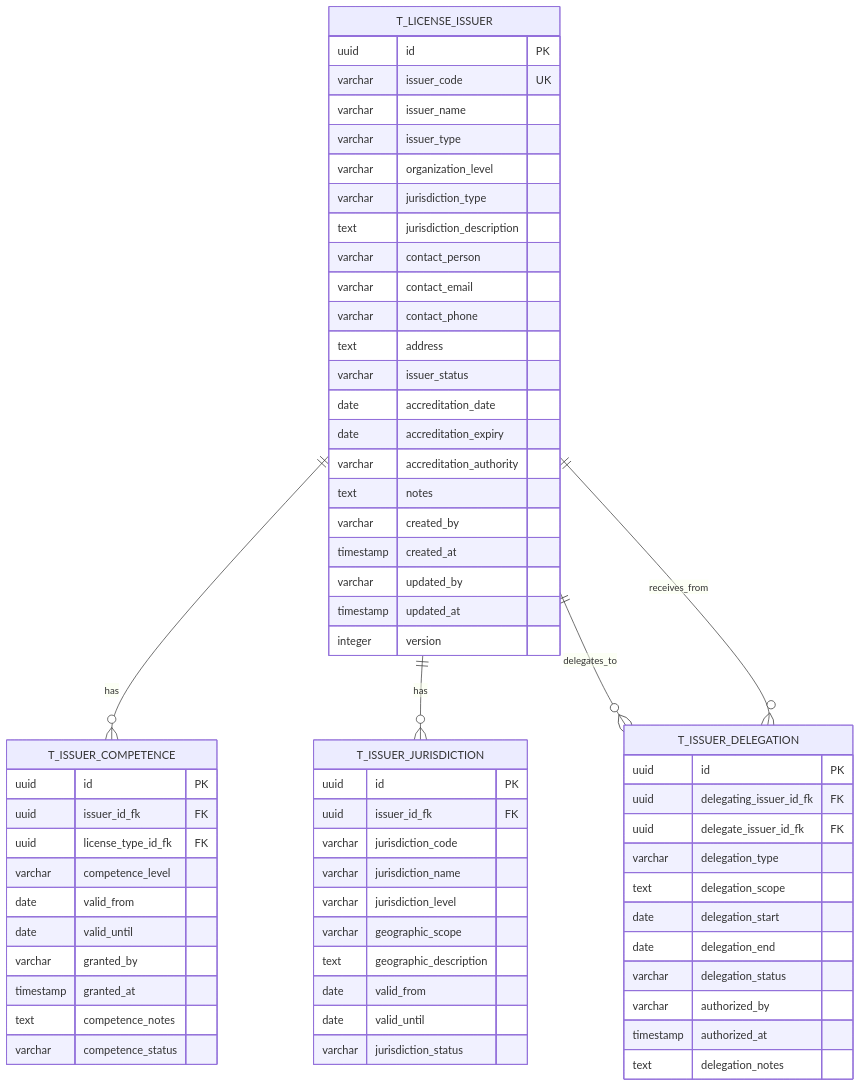
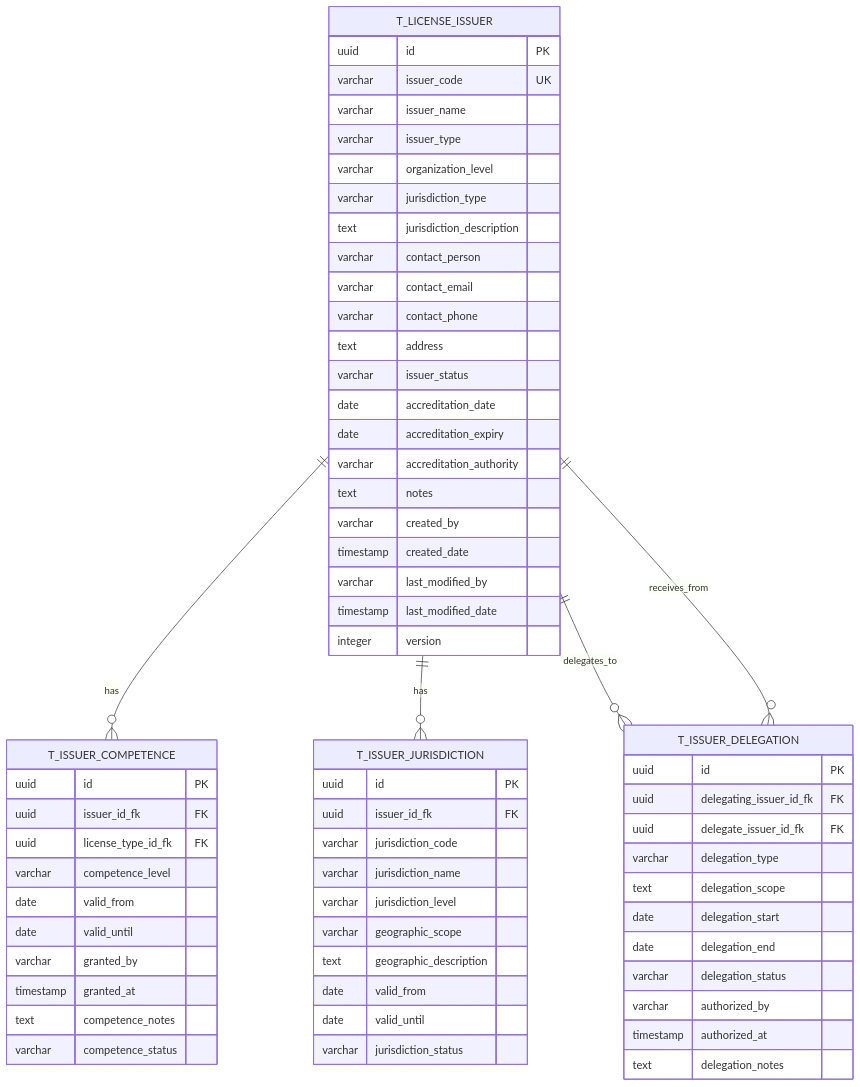
The diagram in .trae/documents/PR02.04-BE-LIC-Gestao-Emissores-Licencas.md (TA-Digital-CV/licenciamento-backend), drawn with Mermaid before and after one commit. The commit also changed other lines of this file and 16 other files, not shown here.

First line of the commit message:
refactor(database): standardize timestamp column names to created_date and last_modified_date

````diff
--- a/.trae/documents/PR02.04-BE-LIC-Gestao-Emissores-Licencas.md
+++ b/.trae/documents/PR02.04-BE-LIC-Gestao-Emissores-Licencas.md
@@ -23,71 +23,71 @@
 ```mermaid
 erDiagram
     T_LICENSE_ISSUER {
         uuid id PK
         varchar issuer_code UK
         varchar issuer_name
         varchar issuer_type
         varchar organization_level
         varchar jurisdiction_type
         text jurisdiction_description
         varchar contact_person
         varchar contact_email
         varchar contact_phone
         text address
         varchar issuer_status
         date accreditation_date
         date accreditation_expiry
         varchar accreditation_authority
         text notes
         varchar created_by
-        timestamp created_at
-        varchar updated_by
-        timestamp updated_at
+        timestamp created_date
+        varchar last_modified_by
+        timestamp last_modified_date
         integer version
     }
     
     T_ISSUER_COMPETENCE {
         uuid id PK
         uuid issuer_id_fk FK
         uuid license_type_id_fk FK
         varchar competence_level
         date valid_from
         date valid_until
         varchar granted_by
         timestamp granted_at
         text competence_notes
         varchar competence_status
     }
     
     T_ISSUER_JURISDICTION {
         uuid id PK
         uuid issuer_id_fk FK
         varchar jurisdiction_code
         varchar jurisdiction_name
         varchar jurisdiction_level
         varchar geographic_scope
         text geographic_description
         date valid_from
         date valid_until
         varchar jurisdiction_status
     }
     
     T_ISSUER_DELEGATION {
         uuid id PK
         uuid delegating_issuer_id_fk FK
         uuid delegate_issuer_id_fk FK
         varchar delegation_type
         text delegation_scope
         date delegation_start
         date delegation_end
         varchar delegation_status
         varchar authorized_by
         timestamp authorized_at
         text delegation_notes
     }
     
     T_LICENSE_ISSUER ||--o{ T_ISSUER_COMPETENCE : has
     T_LICENSE_ISSUER ||--o{ T_ISSUER_JURISDICTION : has
     T_LICENSE_ISSUER ||--o{ T_ISSUER_DELEGATION : delegates_to
     T_LICENSE_ISSUER ||--o{ T_ISSUER_DELEGATION : receives_from
 ```
````
